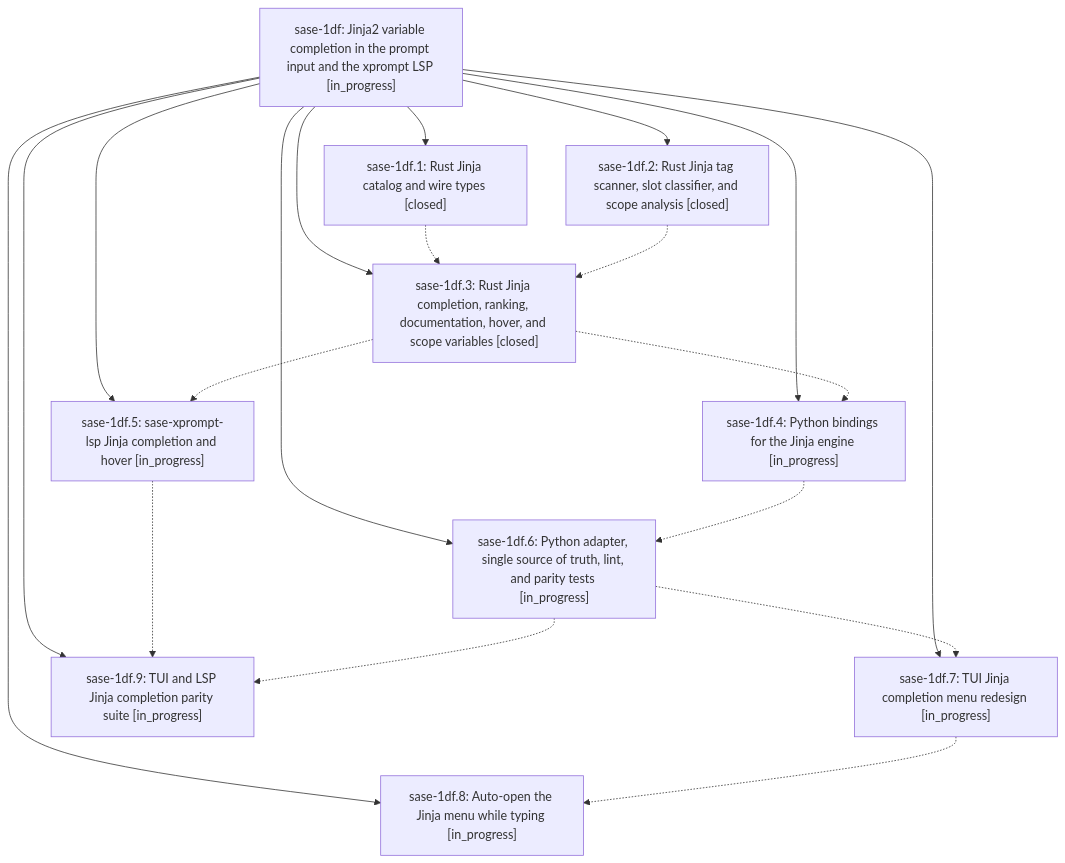
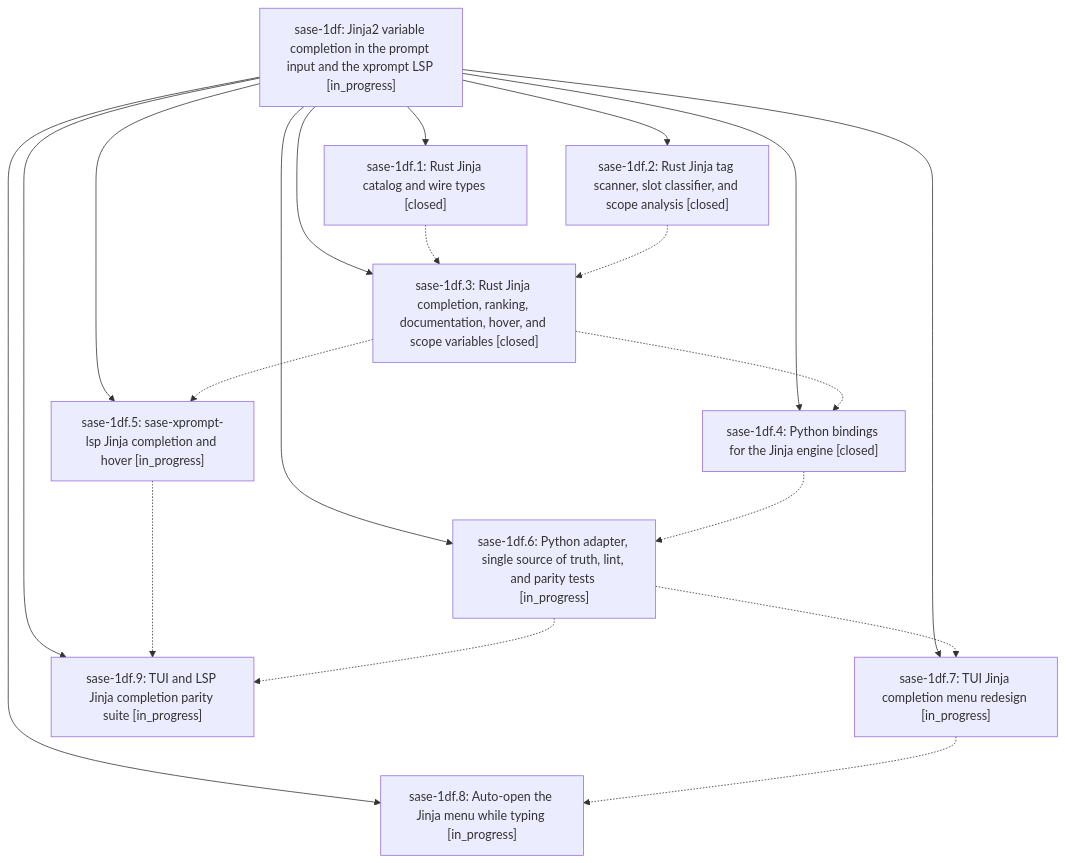
Before and after one commit to sase-org/sase--beads: the diagram in pages/sase-1df/README.md, drawn with Mermaid. The commit also changed other lines of this file and 3 other files, not shown here.

````diff
--- a/pages/sase-1df/README.md
+++ b/pages/sase-1df/README.md
@@ -42,31 +42,31 @@
 ```mermaid
 flowchart TD
     n0["sase-1df: Jinja2 variable completion in the prompt input and the xprompt LSP [in_progress]"]
     n1["sase-1df.1: Rust Jinja catalog and wire types [closed]"]
     n2["sase-1df.2: Rust Jinja tag scanner, slot classifier, and scope analysis [closed]"]
     n3["sase-1df.3: Rust Jinja completion, ranking, documentation, hover, and scope variables [closed]"]
-    n4["sase-1df.4: Python bindings for the Jinja engine [in_progress]"]
+    n4["sase-1df.4: Python bindings for the Jinja engine [closed]"]
     n5["sase-1df.5: sase-xprompt-lsp Jinja completion and hover [in_progress]"]
     n6["sase-1df.6: Python adapter, single source of truth, lint, and parity tests [in_progress]"]
     n7["sase-1df.7: TUI Jinja completion menu redesign [in_progress]"]
     n8["sase-1df.8: Auto-open the Jinja menu while typing [in_progress]"]
     n9["sase-1df.9: TUI and LSP Jinja completion parity suite [in_progress]"]
     n0 --> n1
     n0 --> n2
     n0 --> n3
     n0 --> n4
     n0 --> n5
     n0 --> n6
     n0 --> n7
     n0 --> n8
     n0 --> n9
     n1 -.-> n3
     n2 -.-> n3
     n3 -.-> n4
     n3 -.-> n5
     n4 -.-> n6
     n5 -.-> n9
     n6 -.-> n7
     n6 -.-> n9
     n7 -.-> n8
 ```
````
